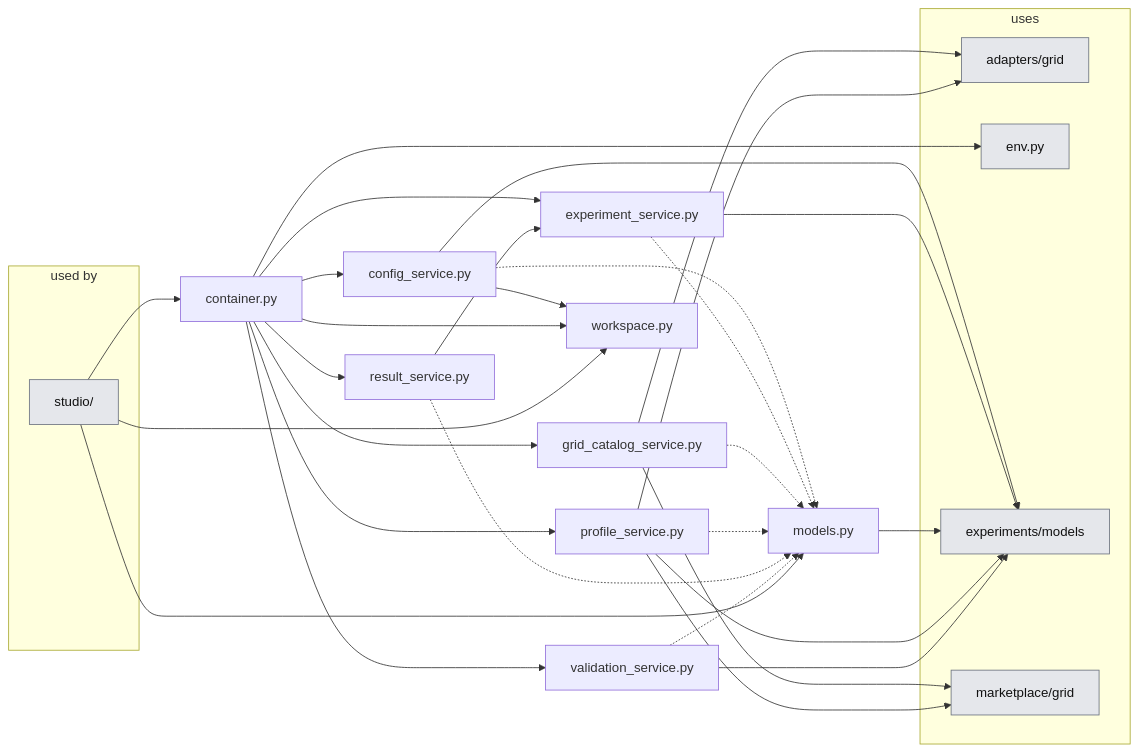
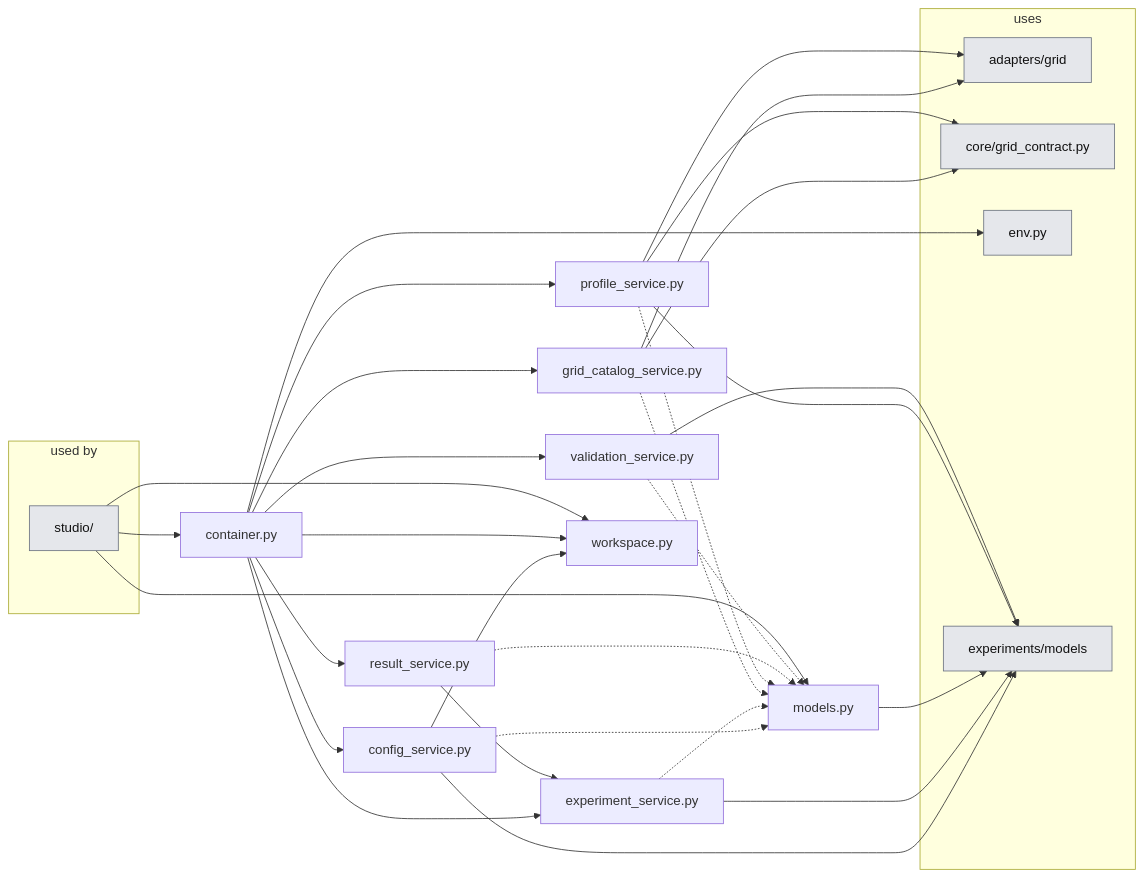
Before and after one commit to KevinRapo/P2P-thesis: the second of 2 diagrams in docs_thesis/thesis/architecture/04-application-layer.md, drawn with Mermaid. The commit also changed 77 other files, not shown here.

````diff
--- a/docs_thesis/thesis/architecture/04-application-layer.md
+++ b/docs_thesis/thesis/architecture/04-application-layer.md
@@ -61,50 +61,50 @@
 ```mermaid
 flowchart LR
   subgraph USERS["used by"]
     n_studio__users_["studio/"]:::ext
   end
   n_application_config_service["config_service.py"]
   n_application_container["container.py"]
   n_application_experiment_service["experiment_service.py"]
   n_application_grid_catalog_service["grid_catalog_service.py"]
   n_application_models["models.py"]
   n_application_profile_service["profile_service.py"]
   n_application_result_service["result_service.py"]
   n_application_validation_service["validation_service.py"]
   n_application_workspace["workspace.py"]
   subgraph USES["uses"]
     n_adapters_grid["adapters/grid"]:::ext
+    n_core_grid_contract["core/grid_contract.py"]:::ext
     n_env["env.py"]:::ext
     n_experiments_models["experiments/models"]:::ext
-    n_marketplace_grid["marketplace/grid"]:::ext
   end
   n_application_config_service -.-> n_application_models
   n_application_config_service --> n_application_workspace
   n_application_config_service --> n_experiments_models
   n_application_container --> n_application_config_service
   n_application_container --> n_application_experiment_service
   n_application_container --> n_application_grid_catalog_service
   n_application_container --> n_application_profile_service
   n_application_container --> n_application_result_service
   n_application_container --> n_application_validation_service
   n_application_container --> n_application_workspace
   n_application_container --> n_env
   n_application_experiment_service -.-> n_application_models
   n_application_experiment_service --> n_experiments_models
   n_application_grid_catalog_service --> n_adapters_grid
   n_application_grid_catalog_service -.-> n_application_models
-  n_application_grid_catalog_service --> n_marketplace_grid
+  n_application_grid_catalog_service --> n_core_grid_contract
   n_application_models --> n_experiments_models
   n_application_profile_service --> n_adapters_grid
   n_application_profile_service -.-> n_application_models
+  n_application_profile_service --> n_core_grid_contract
   n_application_profile_service --> n_experiments_models
-  n_application_profile_service --> n_marketplace_grid
   n_application_result_service --> n_application_experiment_service
   n_application_result_service -.-> n_application_models
   n_application_validation_service -.-> n_application_models
   n_application_validation_service --> n_experiments_models
   n_studio__users_ --> n_application_container
   n_studio__users_ --> n_application_models
   n_studio__users_ --> n_application_workspace
   classDef ext fill:#e5e7eb,stroke:#6b7280,color:#111
 ```
````
